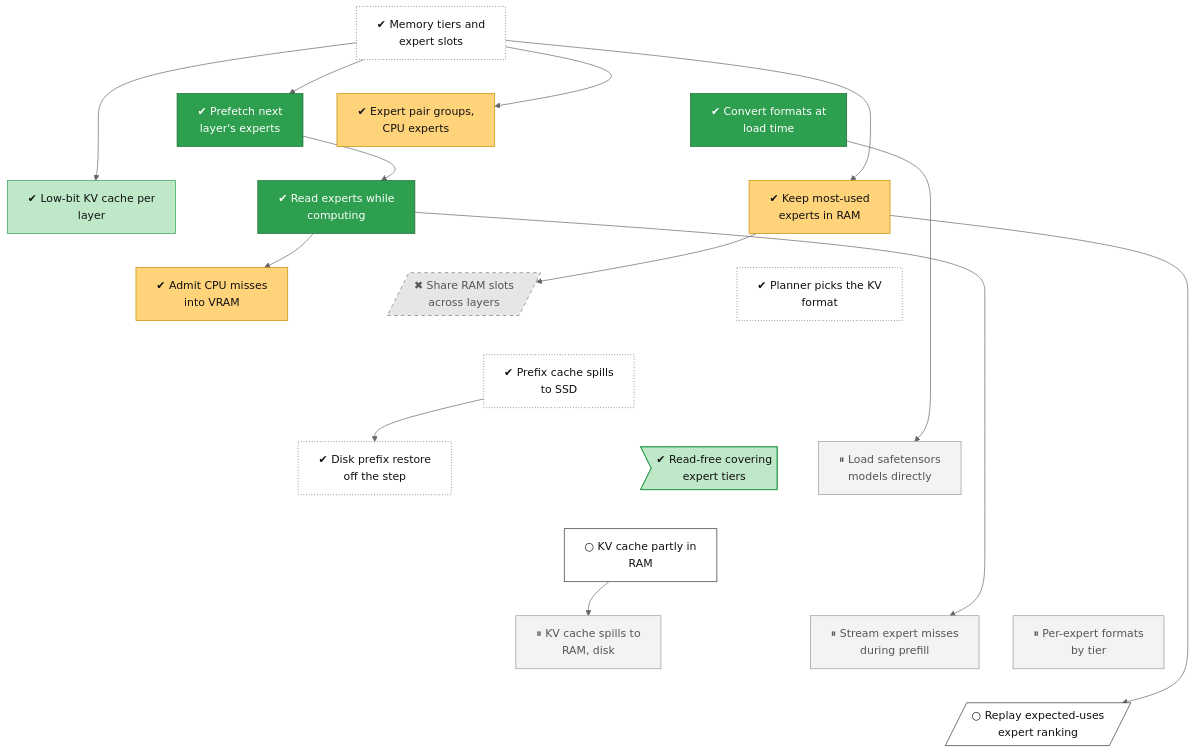
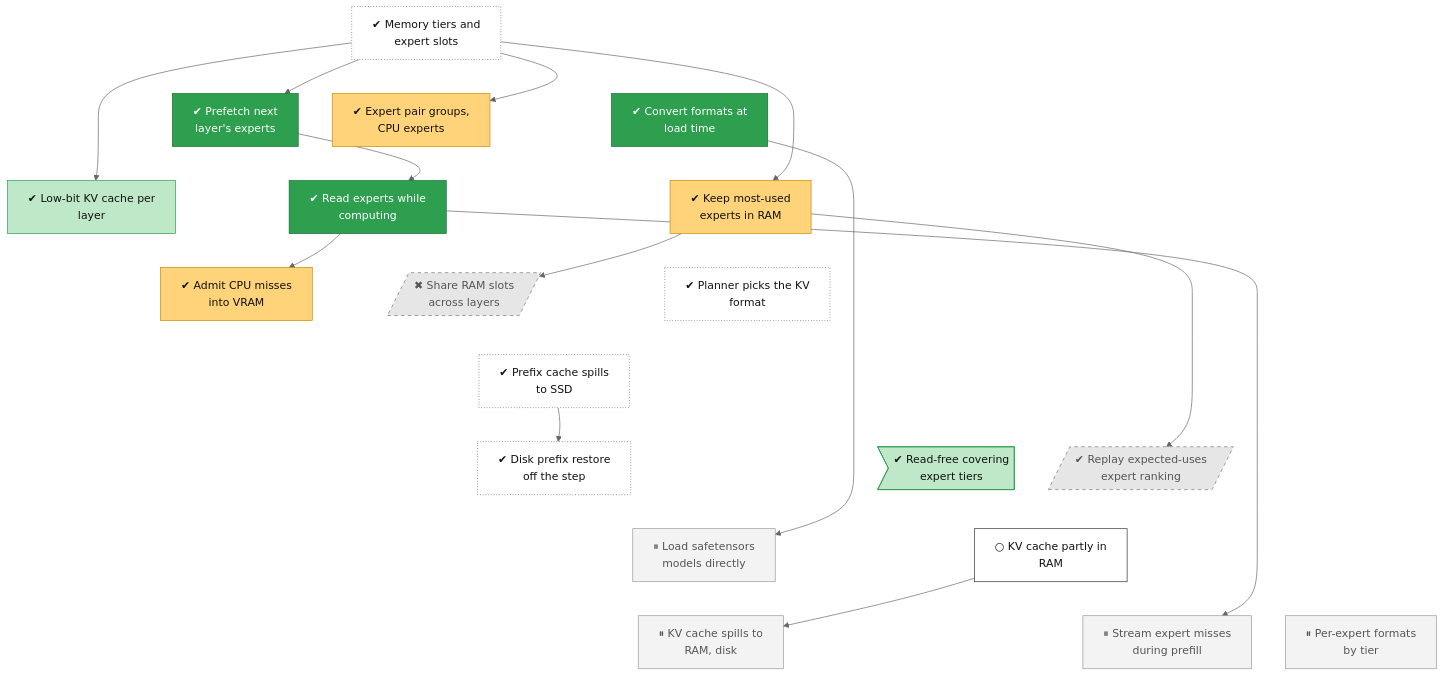
The diagram in docs/roadmap/tracks/memory.md (lhns/tetraeder), drawn with Mermaid (neutral theme) before and after one commit. The commit also changed other lines of this file and 3 other files, not shown here.

Commit message:
Tree: expected-uses replay done, dead end (gexp 1.009x of gfreq:1 at 26 slots, bar 0.90x) (not measured)

````diff
--- a/docs/roadmap/tracks/memory.md
+++ b/docs/roadmap/tracks/memory.md
@@ -10,79 +10,76 @@
 ```mermaid
 flowchart TB
     memory_tiers["✔ Memory tiers and<br/>expert slots"]
     memory_pair_groups["✔ Expert pair groups,<br/>CPU experts"]
     memory_prefetch["✔ Prefetch next<br/>layer's experts"]
     memory_conversion["✔ Convert formats at<br/>load time"]
     memory_io_service["✔ Read experts while<br/>computing"]
     memory_low_bit_kv["✔ Low-bit KV cache per<br/>layer"]
     memory_ram_freq["✔ Keep most-used<br/>experts in RAM"]
     memory_adaptive_tier["✔ Admit CPU misses<br/>into VRAM"]
     memory_ram_pool[/"✖ Share RAM slots<br/>across layers"/]
     memory_kv_auto["✔ Planner picks the KV<br/>format"]
     memory_prefix_ssd["✔ Prefix cache spills<br/>to SSD"]
     memory_prefix_disk_async["✔ Disk prefix restore<br/>off the step"]
     memory_ram_tier_complement>"✔ Read-free covering<br/>expert tiers"]
+    memory_replay_expected_uses[/"✔ Replay expected-uses<br/>expert ranking"/]
     memory_safetensors["⏸ Load safetensors<br/>models directly"]
     memory_kv_host["○ KV cache partly in<br/>RAM"]
     memory_kv_tiers["⏸ KV cache spills to<br/>RAM, disk"]
     memory_prefill_misses["⏸ Stream expert misses<br/>during prefill"]
     memory_typed_slots["⏸ Per-expert formats<br/>by tier"]
-    memory_replay_expected_uses[/"○ Replay expected-uses<br/>expert ranking"/]
     memory_tiers ~~~ memory_pair_groups
     memory_tiers ~~~ memory_prefetch
     memory_tiers ~~~ memory_conversion
     memory_pair_groups ~~~ memory_io_service
     memory_prefetch ~~~ memory_low_bit_kv
     memory_conversion ~~~ memory_ram_freq
     memory_io_service ~~~ memory_adaptive_tier
     memory_low_bit_kv ~~~ memory_ram_pool
     memory_ram_freq ~~~ memory_kv_auto
     memory_adaptive_tier ~~~ memory_prefix_ssd
     memory_ram_pool ~~~ memory_prefix_ssd
     memory_kv_auto ~~~ memory_prefix_ssd
     memory_prefix_ssd ~~~ memory_prefix_disk_async
     memory_prefix_ssd ~~~ memory_ram_tier_complement
-    memory_prefix_ssd ~~~ memory_safetensors
-    memory_prefix_disk_async ~~~ memory_kv_host
+    memory_prefix_ssd ~~~ memory_replay_expected_uses
+    memory_prefix_disk_async ~~~ memory_safetensors
     memory_ram_tier_complement ~~~ memory_kv_host
-    memory_safetensors ~~~ memory_kv_host
-    memory_kv_host ~~~ memory_kv_tiers
+    memory_replay_expected_uses ~~~ memory_kv_host
+    memory_safetensors ~~~ memory_kv_tiers
     memory_kv_host ~~~ memory_prefill_misses
     memory_kv_host ~~~ memory_typed_slots
-    memory_kv_tiers ~~~ memory_replay_expected_uses
-    memory_prefill_misses ~~~ memory_replay_expected_uses
-    memory_typed_slots ~~~ memory_replay_expected_uses
     memory_tiers --> memory_pair_groups
     memory_tiers --> memory_prefetch
     memory_prefetch --> memory_io_service
     memory_tiers --> memory_low_bit_kv
     memory_tiers --> memory_ram_freq
     memory_io_service --> memory_adaptive_tier
     memory_ram_freq --> memory_ram_pool
     memory_prefix_ssd --> memory_prefix_disk_async
+    memory_ram_freq --> memory_replay_expected_uses
     memory_conversion --> memory_safetensors
     memory_kv_host --> memory_kv_tiers
     memory_io_service --> memory_prefill_misses
-    memory_ram_freq --> memory_replay_expected_uses
     classDef vsucc fill:#2e9e4f,stroke:#1b6b34,color:#fff
     classDef succ fill:#bfe8c8,stroke:#2e9e4f,color:#111
     classDef mixed fill:#ffd37a,stroke:#c98a00,color:#111
     classDef bad fill:#f28b82,stroke:#b3261e,color:#111
     classDef dead fill:#e6e6e6,stroke:#777,stroke-dasharray:5 5,color:#555
     classDef inprog fill:#a8cdf5,stroke:#1f6fc5,color:#111
     classDef next fill:#fff,stroke:#333,color:#111
     classDef blocked fill:#fff,stroke:#b3261e,stroke-dasharray:2 2,color:#111
     classDef parked fill:#f3f3f3,stroke:#999,color:#555
     classDef unrated fill:#fff,stroke:#333,stroke-dasharray:1 3,color:#111
     classDef gate fill:#d9c2f0,stroke:#7b3fb5,color:#111
     classDef decided fill:#ece0f7,stroke:#7b3fb5,stroke-dasharray:2 2,color:#111
     classDef finding fill:#ffe0b2,stroke:#d84315,stroke-width:2px,color:#111
     classDef waiting fill:#e3f2fd,stroke:#1f6fc5,stroke-dasharray:5 5,color:#111
     class memory_tiers,memory_kv_auto,memory_prefix_ssd,memory_prefix_disk_async unrated
     class memory_pair_groups,memory_ram_freq,memory_adaptive_tier mixed
     class memory_prefetch,memory_conversion,memory_io_service vsucc
     class memory_low_bit_kv,memory_ram_tier_complement succ
-    class memory_ram_pool dead
+    class memory_ram_pool,memory_replay_expected_uses dead
     class memory_safetensors,memory_kv_tiers,memory_prefill_misses,memory_typed_slots parked
-    class memory_kv_host,memory_replay_expected_uses next
+    class memory_kv_host next
 ```
````
